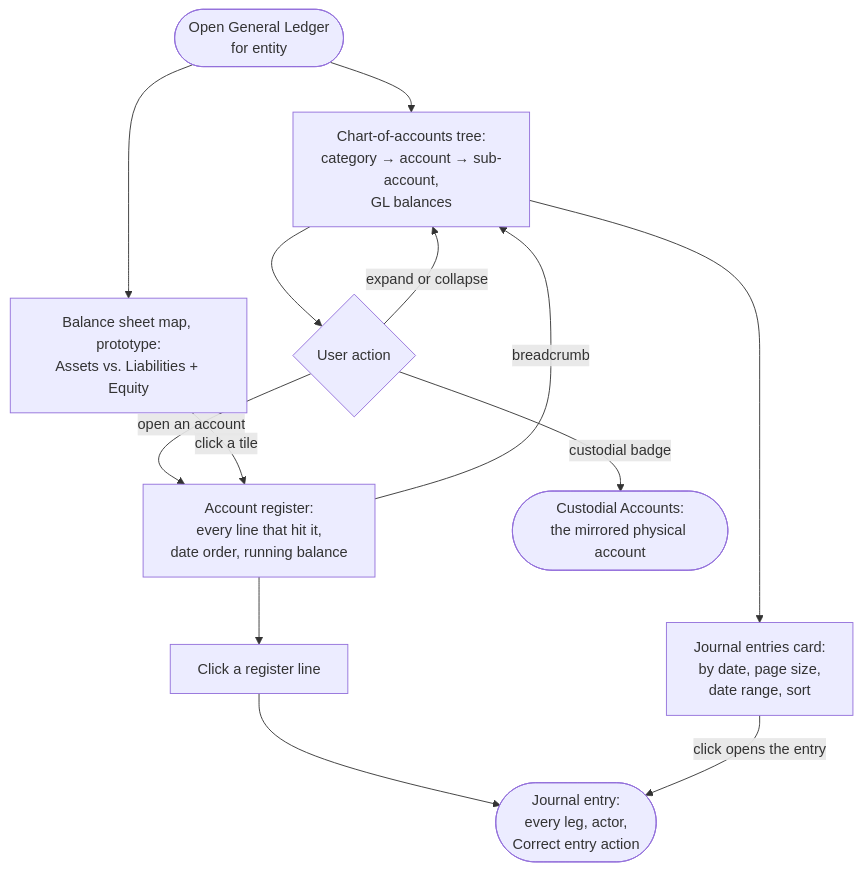
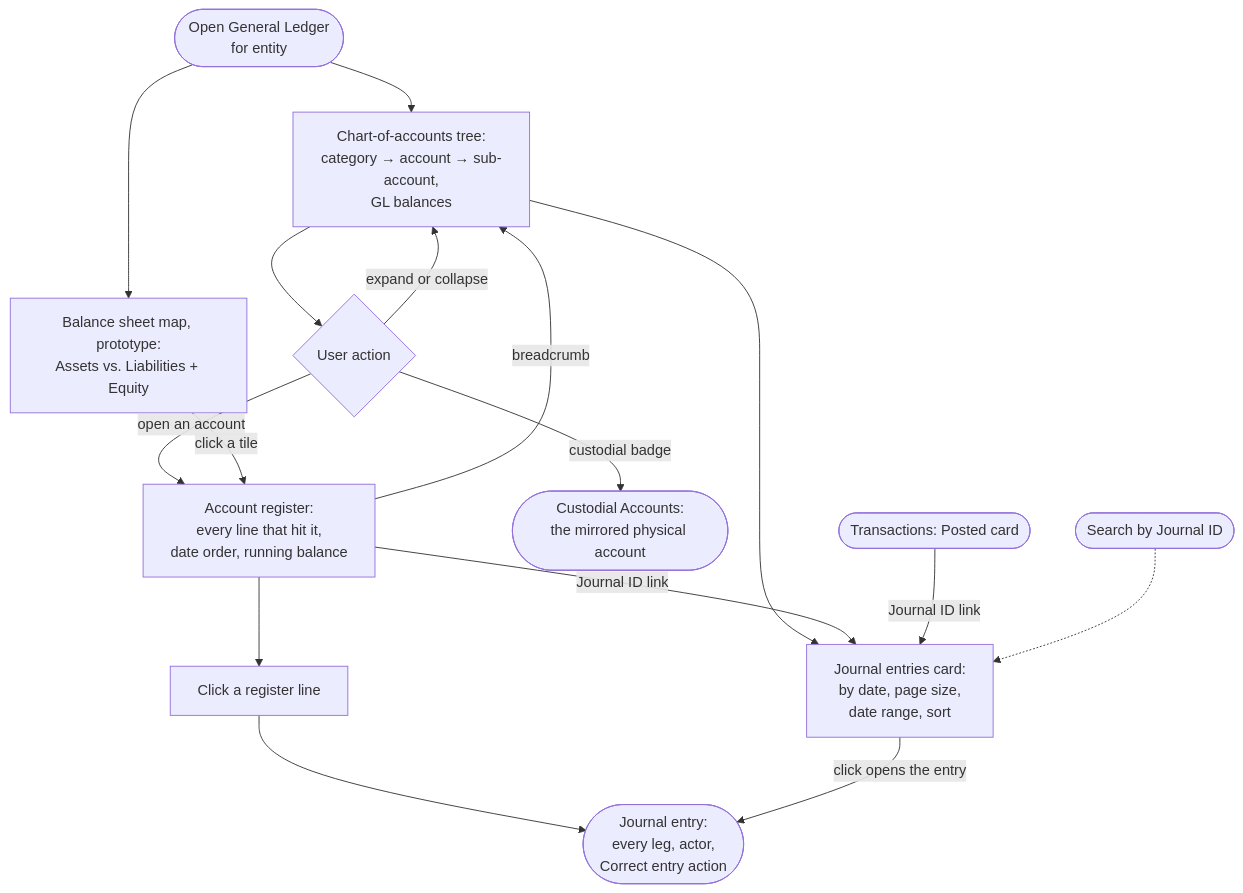
Before and after one commit to richmosko/polycarpic: the diagram in docs/DESIGN/flows/general-ledger-flow.md, drawn with Mermaid. The commit also changed other lines of this file and 6 other files, not shown here.

````diff
--- a/docs/DESIGN/flows/general-ledger-flow.md
+++ b/docs/DESIGN/flows/general-ledger-flow.md
@@ -5,15 +5,18 @@
 ```mermaid
 flowchart TD
   open([Open General Ledger\nfor entity]) --> tree[Chart-of-accounts tree:\ncategory → account → sub-account,\nGL balances]
   open --> map[Balance sheet map, prototype:\nAssets vs. Liabilities + Equity]
   tree --> act{User action}
   act -- expand or collapse --> tree
   act -- open an account --> register[Account register:\nevery line that hit it,\ndate order, running balance]
   map -- click a tile --> register
   act -- custodial badge --> custodial([Custodial Accounts:\nthe mirrored physical account])
   register --> line[Click a register line]
   line --> entry([Journal entry:\nevery leg, actor,\nCorrect entry action])
   register -- breadcrumb --> tree
   tree --> journal[Journal entries card:\nby date, page size,\ndate range, sort]
   journal -- click opens the entry --> entry
+  register -- Journal ID link --> journal
+  posted([Transactions: Posted card]) -- Journal ID link --> journal
+  search([Search by Journal ID]) -.-> journal
 ```
````
